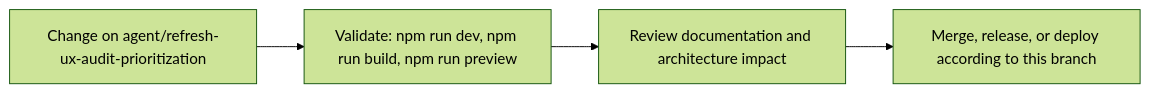
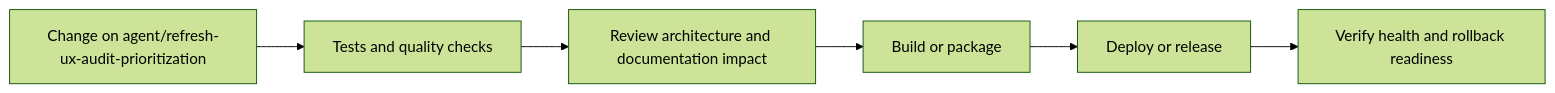
Before and after one commit to Nischhalsubba/nischhalsubba.com.np: the seventh of 8 diagrams in README.md, drawn with Mermaid (forest theme). The commit also changed other lines of this file, not shown here.

````diff
--- a/README.md
+++ b/README.md
@@ -86,8 +221,8 @@
 ```mermaid
 flowchart LR
-    CHANGE["Change on agent/refresh-ux-audit-prioritization"]
-    CHECK["Validate: npm run dev, npm run build, npm run preview"]
-    REVIEW["Review documentation and architecture impact"]
-    RELEASE["Merge, release, or deploy according to this branch"]
-    CHANGE --> CHECK --> REVIEW --> RELEASE
+    CHANGE["Change on agent/refresh-ux-audit-prioritization"] --> CHECK["Tests and quality checks"]
+    CHECK --> REVIEW["Review architecture and documentation impact"]
+    REVIEW --> BUILD["Build or package"]
+    BUILD --> DEPLOY["Deploy or release"]
+    DEPLOY --> VERIFY["Verify health and rollback readiness"]
 ```
````
